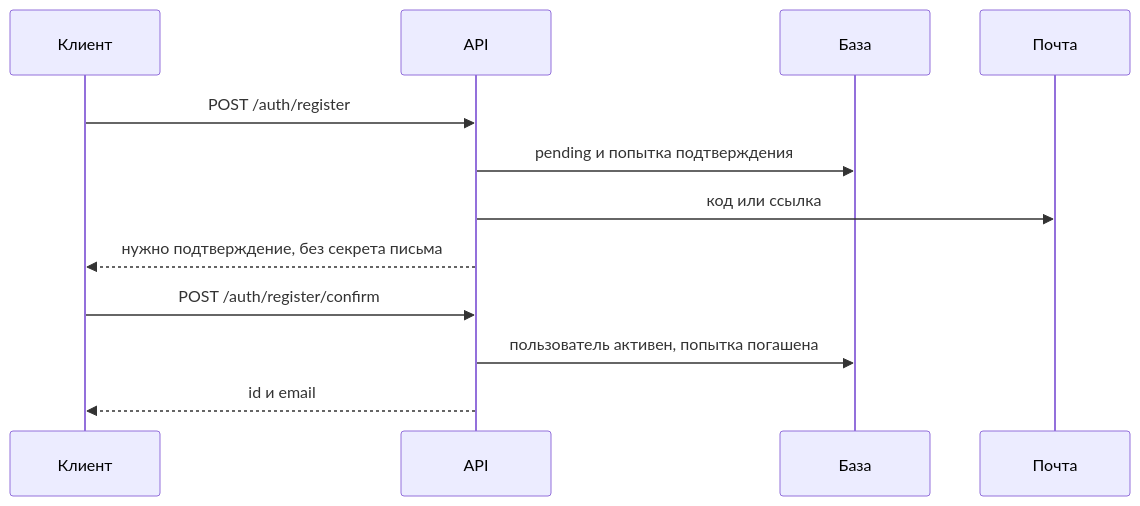
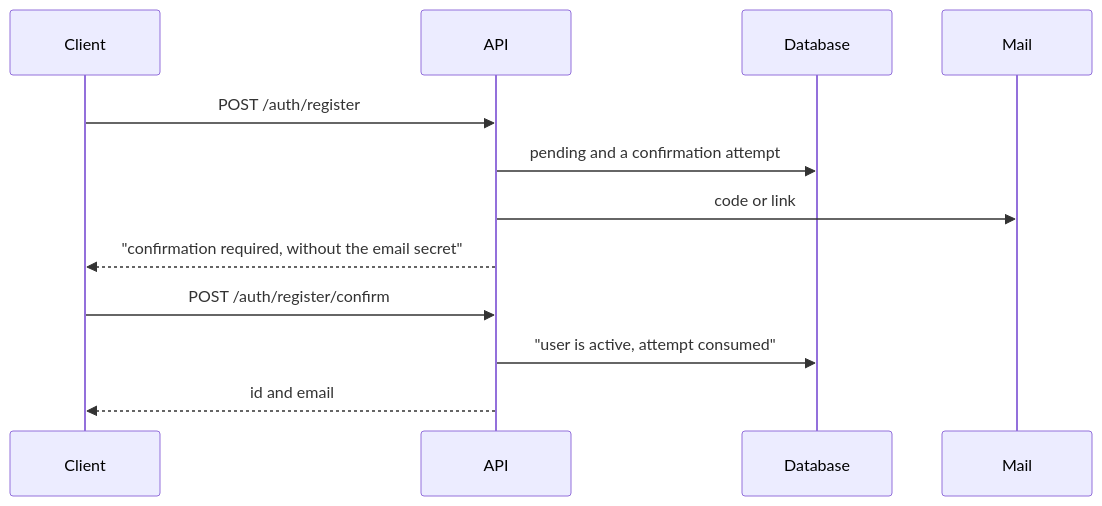
The second of 2 diagrams in courses-content/backend/A/1/en/1.1.0 Регистрация.md (pavel-skripko-innowise/inno-fe-be-a1), drawn with Mermaid before and after one commit. The commit also changed other lines of this file and 35 other files, not shown here.

````diff
--- a/courses-content/backend/A/1/en/1.1.0 Регистрация.md
+++ b/courses-content/backend/A/1/en/1.1.0 Регистрация.md
@@ -51,14 +49,14 @@
 ```mermaid
 sequenceDiagram
-  participant C as Клиент
+  participant C as Client
   participant A as API
-  participant D as База
-  participant M as Почта
+  participant D as Database
+  participant M as Mail
   C->>A: POST /auth/register
-  A->>D: pending и попытка подтверждения
-  A->>M: код или ссылка
-  A-->>C: нужно подтверждение, без секрета письма
+  A->>D: pending and a confirmation attempt
+  A->>M: code or link
+  A-->>C: "confirmation required, without the email secret"
   C->>A: POST /auth/register/confirm
-  A->>D: пользователь активен, попытка погашена
-  A-->>C: id и email
+  A->>D: "user is active, attempt consumed"
+  A-->>C: id and email
 ```
````
